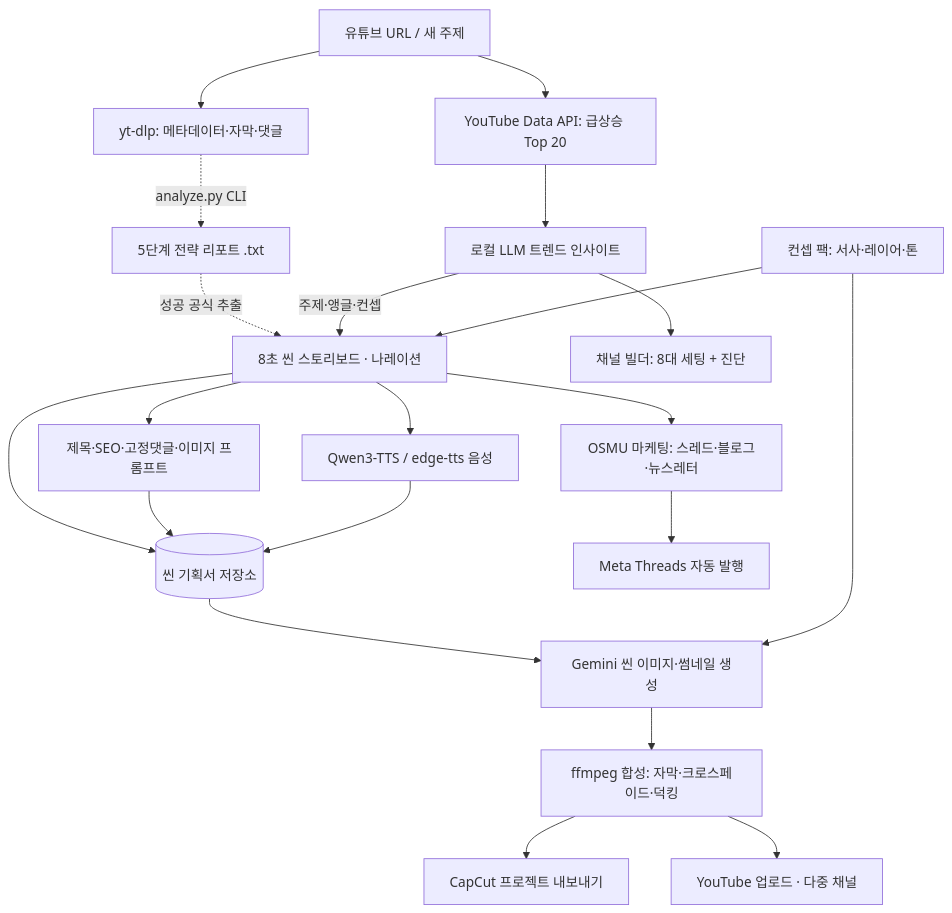
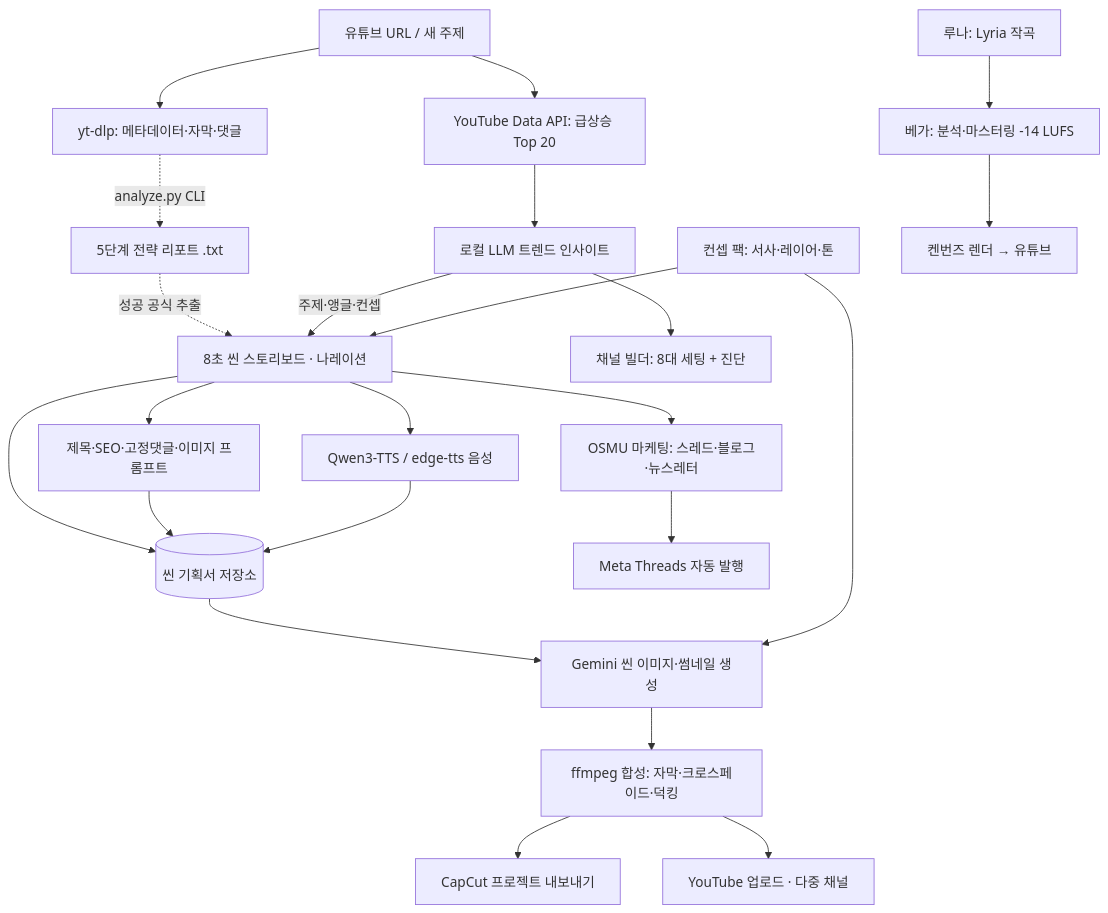
The diagram in README.md (casareborgia/youtube-video-analysis), drawn with Mermaid before and after one commit. The commit also changed other lines of this file and 8 other files, not shown here.

````diff
--- a/README.md
+++ b/README.md
@@ -137,28 +138,30 @@
 ```mermaid
 graph TD
     A[유튜브 URL / 새 주제]
 
     A --> B[yt-dlp: 메타데이터·자막·댓글]
     A --> C[YouTube Data API: 급상승 Top 20]
     B -.->|analyze.py CLI| R[5단계 전략 리포트 .txt]
     C --> D[로컬 LLM 트렌드 인사이트]
     R -.->|성공 공식 추출| F
 
     D --> E[채널 빌더: 8대 세팅 + 진단]
     D -->|주제·앵글·컨셉| F[8초 씬 스토리보드 · 나레이션]
     CP[컨셉 팩: 서사·레이어·톤] --> F
     F --> G[제목·SEO·고정댓글·이미지 프롬프트]
 
     F --> H[Qwen3-TTS / edge-tts 음성]
+    LY[루나: Lyria 작곡] --> VG[베가: 분석·마스터링 -14 LUFS]
+    VG --> KB[켄번즈 렌더 → 유튜브]
     F --> S[(씬 기획서 저장소)]
     G --> S
     H --> S
     S --> I[Gemini 씬 이미지·썸네일 생성]
     CP --> I
     I --> J[ffmpeg 합성: 자막·크로스페이드·덕킹]
     J --> K[CapCut 프로젝트 내보내기]
 
     J --> L[YouTube 업로드 · 다중 채널]
     F --> M[OSMU 마케팅: 스레드·블로그·뉴스레터]
     M --> N[Meta Threads 자동 발행]
 ```
````
